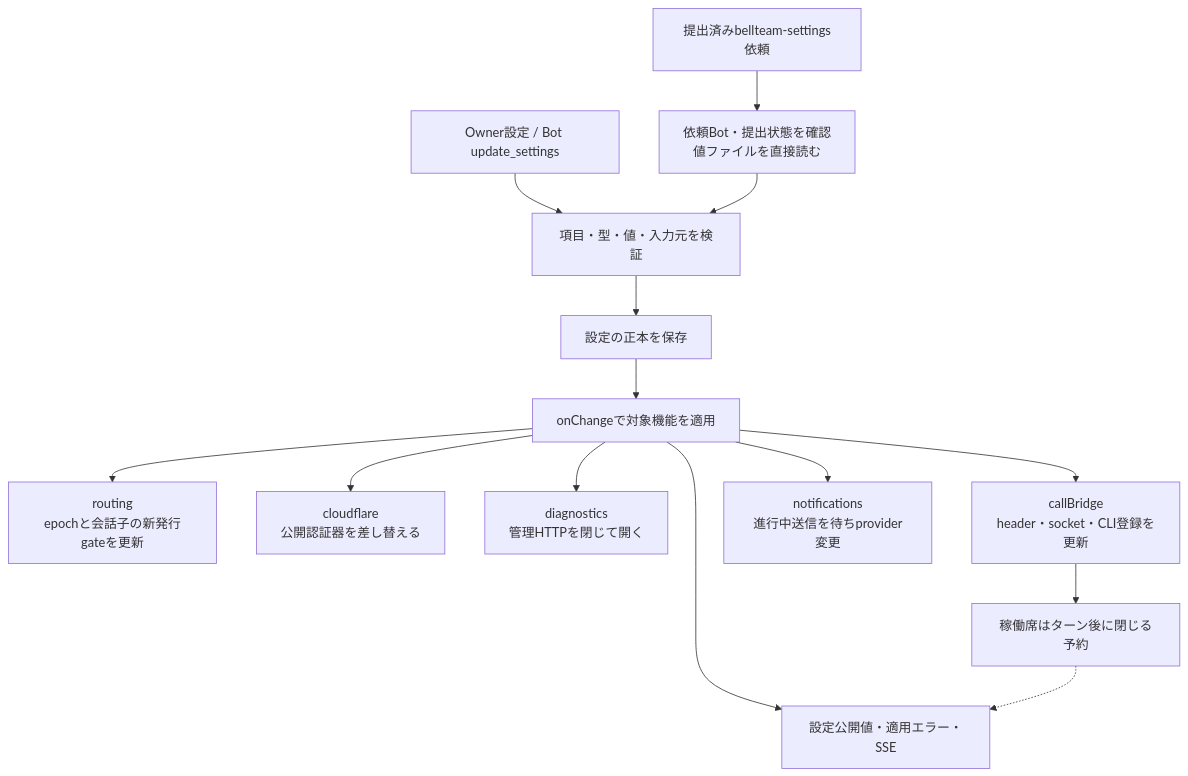
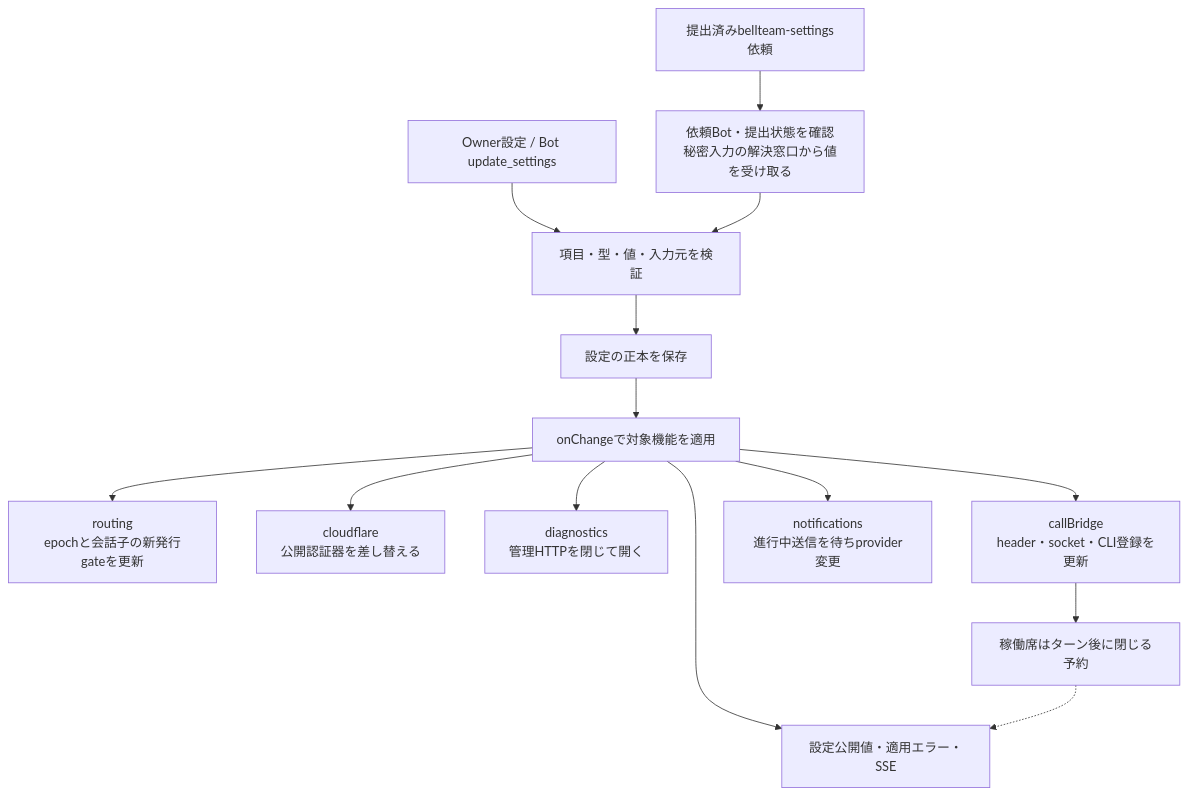
One commit to kitepon/BellTeam changed the fourth of 5 diagrams in docs/architecture/modules/usage/flows.md. Above: the diagram before and after it, drawn with Mermaid. The commit also changed other lines of this file and 34 other files, not shown here.

````diff
--- a/docs/architecture/modules/usage/flows.md
+++ b/docs/architecture/modules/usage/flows.md
@@ -106,16 +106,16 @@
 ```mermaid
 flowchart TD
   Input["Owner設定 / Bot update_settings"] --> Validate["項目・型・値・入力元を検証"]
-  Secret["提出済みbellteam-settings依頼"] --> Read["依頼Bot・提出状態を確認<br/>値ファイルを直接読む"]
+  Secret["提出済みbellteam-settings依頼"] --> Read["依頼Bot・提出状態を確認<br/>秘密入力の解決窓口から値を受け取る"]
   Read --> Validate
   Validate --> Save["設定の正本を保存"]
   Save --> Apply["onChangeで対象機能を適用"]
   Apply --> Route["routing<br/>epochと会話子の新発行gateを更新"]
   Apply --> CF["cloudflare<br/>公開認証器を差し替える"]
   Apply --> Diag["diagnostics<br/>管理HTTPを閉じて開く"]
   Apply --> Call["callBridge<br/>header・socket・CLI登録を更新"]
   Apply --> Push["notifications<br/>進行中送信を待ちprovider変更"]
   Call --> Pending["稼働席はターン後に閉じる予約"]
   Apply --> View["設定公開値・適用エラー・SSE"]
   Pending -.-> View
 ```
````
